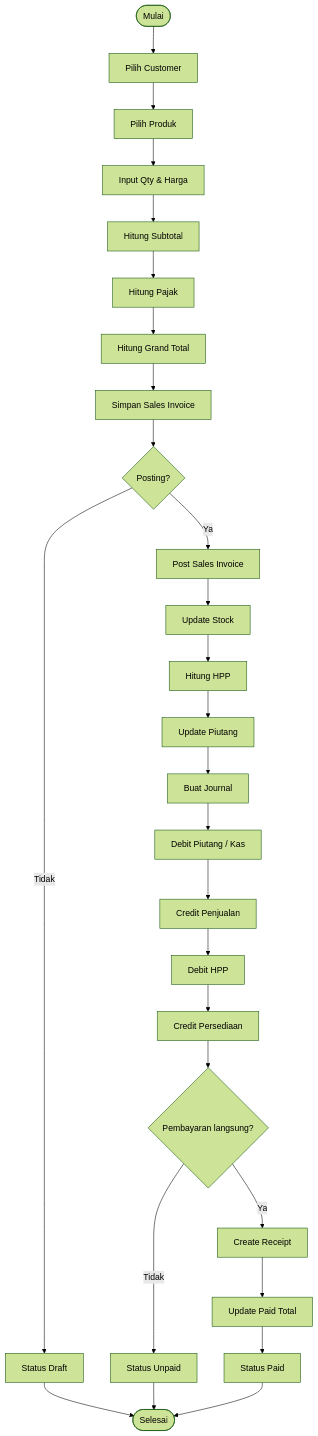
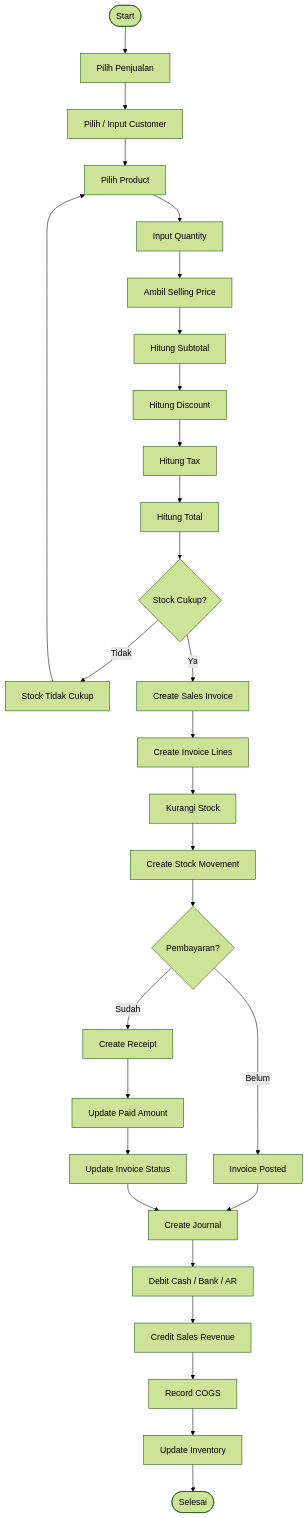
One commit to ahmadfaiqm/flowcash changed the third of 17 diagrams in docs/flowchart/flowchart.md. Above: the diagram before and after it, drawn with Mermaid (forest theme). The commit also changed other lines of this file, not shown here.

Commit message:
feat/FlowChartBaru

````diff
--- a/docs/flowchart/flowchart.md
+++ b/docs/flowchart/flowchart.md
@@ -188,38 +75,31 @@
 ```mermaid
 flowchart TD
-    A([Mulai]) --> B[Pilih Customer]
-    B --> C[Pilih Produk]
-    C --> D[Input Qty & Harga]
-    D --> E[Hitung Subtotal]
-    E --> F[Hitung Pajak]
-    F --> G[Hitung Grand Total]
-    G --> H[Simpan Sales Invoice]
-
-    H --> I{Posting?}
-
-    I -- Tidak --> J[Status Draft]
-    J --> Z([Selesai])
-
-    I -- Ya --> K[Post Sales Invoice]
-
-    K --> L[Update Stock]
-    L --> M[Hitung HPP]
-    M --> N[Update Piutang]
-
-    N --> O[Buat Journal]
-    O --> P[Debit Piutang / Kas]
-    P --> Q[Credit Penjualan]
-    Q --> R[Debit HPP]
-    R --> S[Credit Persediaan]
-
-    S --> T{Pembayaran langsung?}
-
-    T -- Ya --> U[Create Receipt]
-    U --> V[Update Paid Total]
-    V --> W[Status Paid]
-
-    T -- Tidak --> X[Status Unpaid]
-
-    X --> Z
-    W --> Z
+    A([Start]) --> B[Pilih Penjualan]
+    B --> C[Pilih / Input Customer]
+    C --> D[Pilih Product]
+    D --> E[Input Quantity]
+    E --> F[Ambil Selling Price]
+    F --> G[Hitung Subtotal]
+    G --> H[Hitung Discount]
+    H --> I[Hitung Tax]
+    I --> J[Hitung Total]
+    J --> K{Stock Cukup?}
+    K -->|Tidak| L[Stock Tidak Cukup]
+    L --> D
+    K -->|Ya| M[Create Sales Invoice]
+    M --> N[Create Invoice Lines]
+    N --> O[Kurangi Stock]
+    O --> P[Create Stock Movement]
+    P --> Q{Pembayaran?}
+    Q -->|Belum| R[Invoice Posted]
+    Q -->|Sudah| S[Create Receipt]
+    S --> T[Update Paid Amount]
+    T --> U[Update Invoice Status]
+    R --> V[Create Journal]
+    U --> V
+    V --> W[Debit Cash / Bank / AR]
+    W --> X[Credit Sales Revenue]
+    X --> Y[Record COGS]
+    Y --> Z[Update Inventory]
+    Z --> AA([Selesai])
 ```
````
